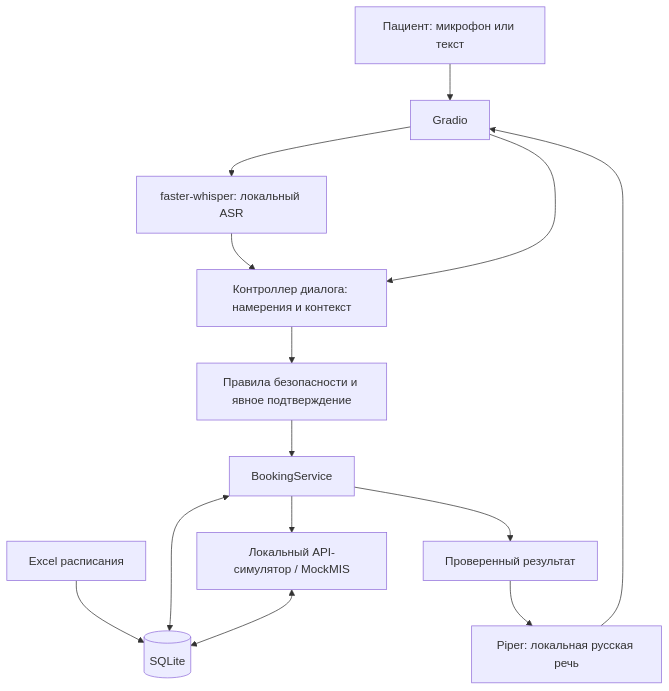
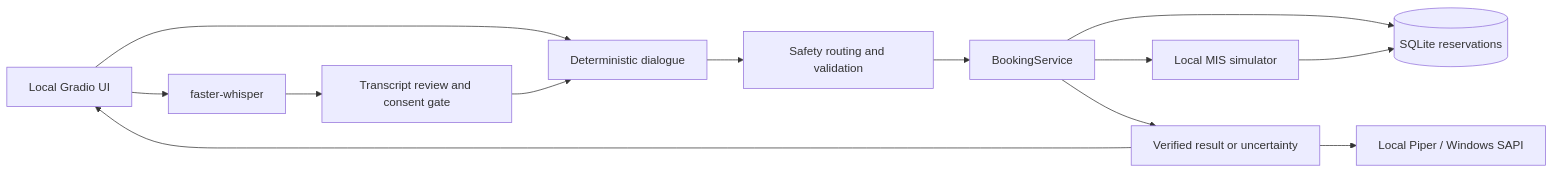
The diagram in README.md (H-G11/clinic-voice-ai-assistant), drawn with Mermaid before and after one commit. The commit also changed other lines of this file and 34 other files, not shown here.

````diff
--- a/README.md
+++ b/README.md
@@ -67,16 +36,15 @@
 ```mermaid
-flowchart TD
-    U[Пациент: микрофон или текст] --> UI[Gradio]
-    UI --> ASR[faster-whisper: локальный ASR]
-    ASR --> D[Контроллер диалога: намерения и контекст]
-    UI --> D
-    D --> SAFE[Правила безопасности и явное подтверждение]
-    SAFE --> S[BookingService]
-    X[Excel расписания] --> DB[(SQLite)]
-    S <--> DB
-    S --> MIS[Локальный API-симулятор / MockMIS]
-    MIS <--> DB
-    S --> R[Проверенный результат]
-    R --> TTS[Piper: локальная русская речь]
-    TTS --> UI
+flowchart LR
+    UI[Local Gradio UI] --> D[Deterministic dialogue]
+    UI --> ASR[faster-whisper]
+    ASR --> Review[Transcript review and consent gate]
+    Review --> D
+    D --> Rules[Safety routing and validation]
+    Rules --> Service[BookingService]
+    Service --> DB[(SQLite reservations)]
+    Service --> Mock[Local MIS simulator]
+    Mock --> DB
+    Service --> Reply[Verified result or uncertainty]
+    Reply --> UI
+    Reply --> TTS[Local Piper / Windows SAPI]
 ```
````
